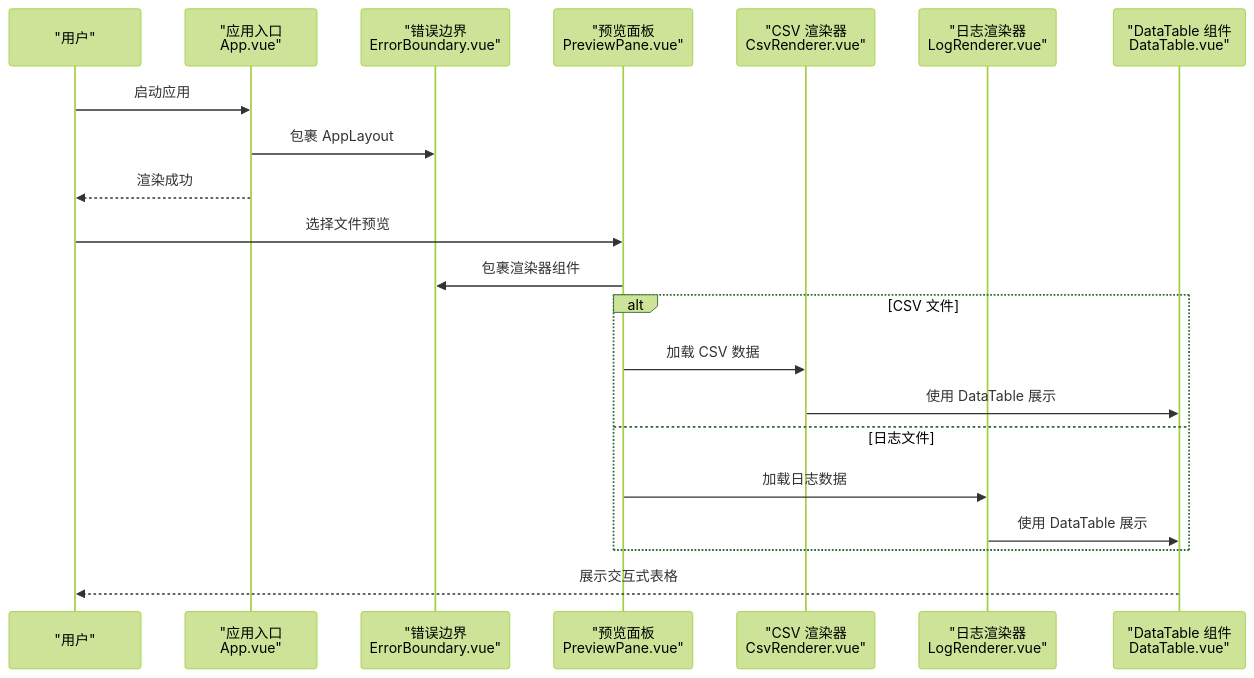
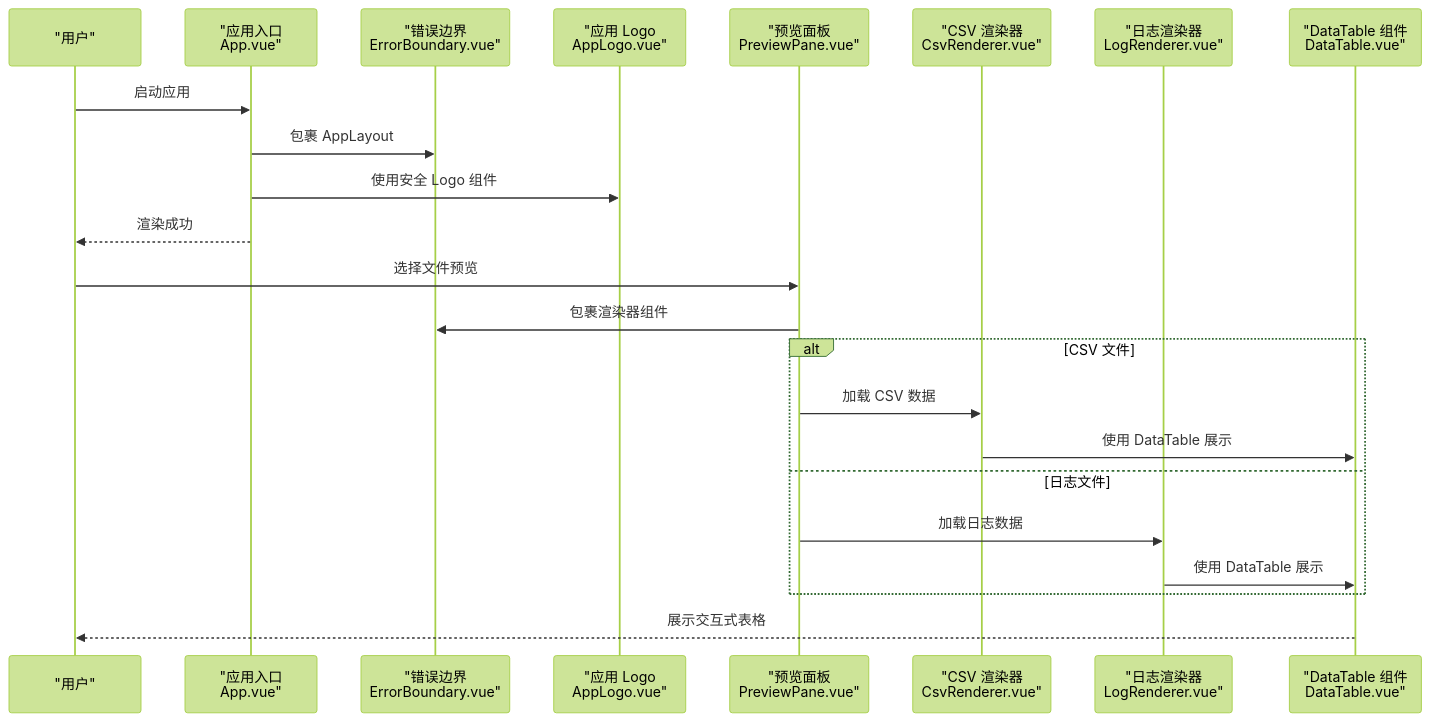
One commit to taoweidong/Hello-Tauri changed the sixth of 7 diagrams in .qoder/repowiki/zh/content/架构设计/组件层次结构/共享组件.md. Above: the diagram before and after it, drawn with Mermaid (forest theme). The commit also changed other lines of this file and 32 other files, not shown here.

````diff
--- a/.qoder/repowiki/zh/content/架构设计/组件层次结构/共享组件.md
+++ b/.qoder/repowiki/zh/content/架构设计/组件层次结构/共享组件.md
@@ -237,23 +308,25 @@
 ```mermaid
 sequenceDiagram
 participant U as "用户"
 participant A as "应用入口<br/>App.vue"
 participant EB as "错误边界<br/>ErrorBoundary.vue"
+participant AL as "应用 Logo<br/>AppLogo.vue"
 participant P as "预览面板<br/>PreviewPane.vue"
 participant CR as "CSV 渲染器<br/>CsvRenderer.vue"
 participant LR as "日志渲染器<br/>LogRenderer.vue"
 participant DT as "DataTable 组件<br/>DataTable.vue"
 U->>A : 启动应用
 A->>EB : 包裹 AppLayout
+A->>AL : 使用安全 Logo 组件
 A-->>U : 渲染成功
 U->>P : 选择文件预览
 P->>EB : 包裹渲染器组件
 alt CSV 文件
 P->>CR : 加载 CSV 数据
 CR->>DT : 使用 DataTable 展示
 else 日志文件
 P->>LR : 加载日志数据
 LR->>DT : 使用 DataTable 展示
 end
 DT-->>U : 展示交互式表格
 ```
````
